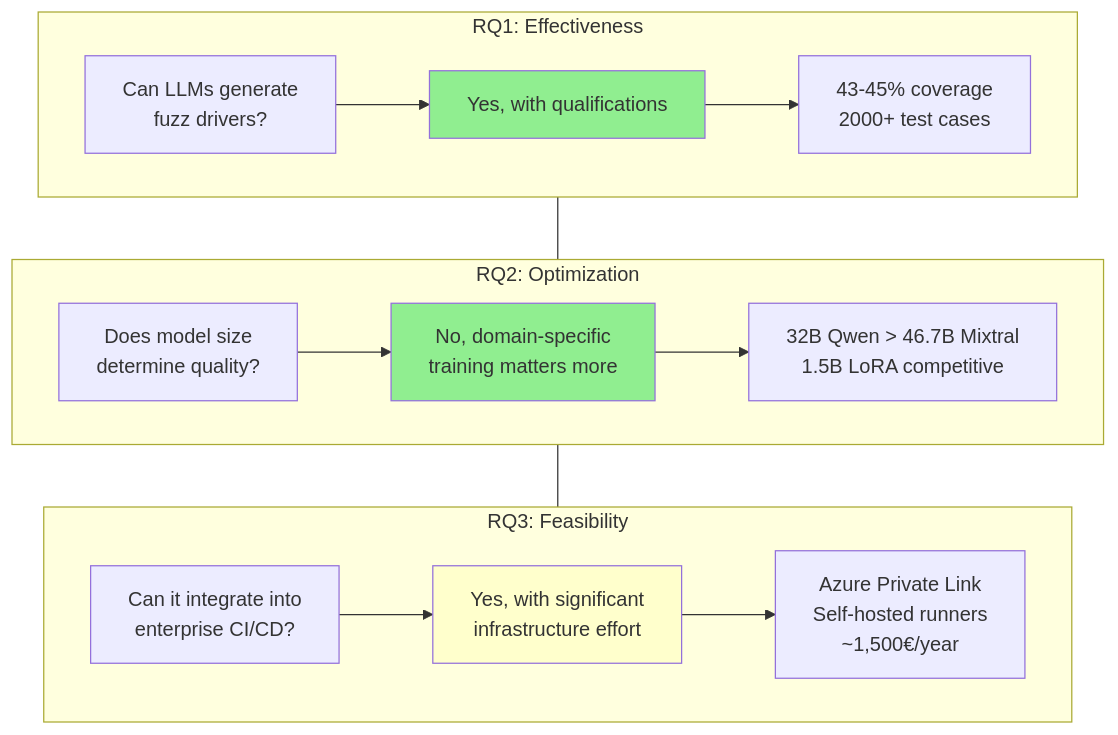
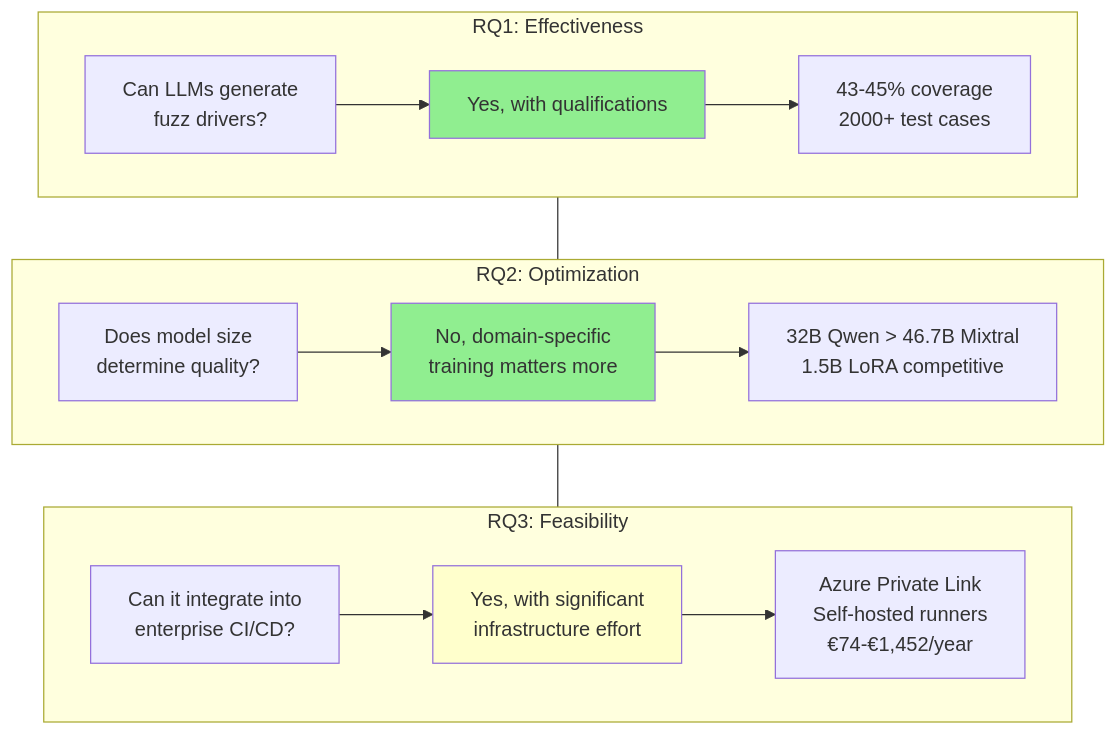
Before and after one commit to abrar0205/temp_thesis: the fifth of 6 diagrams in Chapter_6_Discussion_and_Conclusion.md, drawn with Mermaid. The commit also changed other lines of this file, not shown here.

Commit message:
Improve Chapter 6: Remove unverified statistics, fix diagram data

````diff
--- a/Chapter_6_Discussion_and_Conclusion.md
+++ b/Chapter_6_Discussion_and_Conclusion.md
@@ -370,29 +372,29 @@
 ```mermaid
 flowchart TB
     subgraph RQ1["RQ1: Effectiveness"]
         Q1[Can LLMs generate<br>fuzz drivers?]
         A1[Yes, with qualifications]
         E1[43-45% coverage<br>2000+ test cases]
         Q1 --> A1 --> E1
     end
     
     subgraph RQ2["RQ2: Optimization"]
         Q2[Does model size<br>determine quality?]
         A2[No, domain-specific<br>training matters more]
         E2[32B Qwen > 46.7B Mixtral<br>1.5B LoRA competitive]
         Q2 --> A2 --> E2
     end
     
     subgraph RQ3["RQ3: Feasibility"]
         Q3[Can it integrate into<br>enterprise CI/CD?]
         A3[Yes, with significant<br>infrastructure effort]
-        E3[Azure Private Link<br>Self-hosted runners<br>~1,500€/year]
+        E3[Azure Private Link<br>Self-hosted runners<br>€74-€1,452/year]
         Q3 --> A3 --> E3
     end
     
     RQ1 --- RQ2 --- RQ3
     
     style A1 fill:#90EE90
     style A2 fill:#90EE90
     style A3 fill:#FFFFCC
 ```
````
